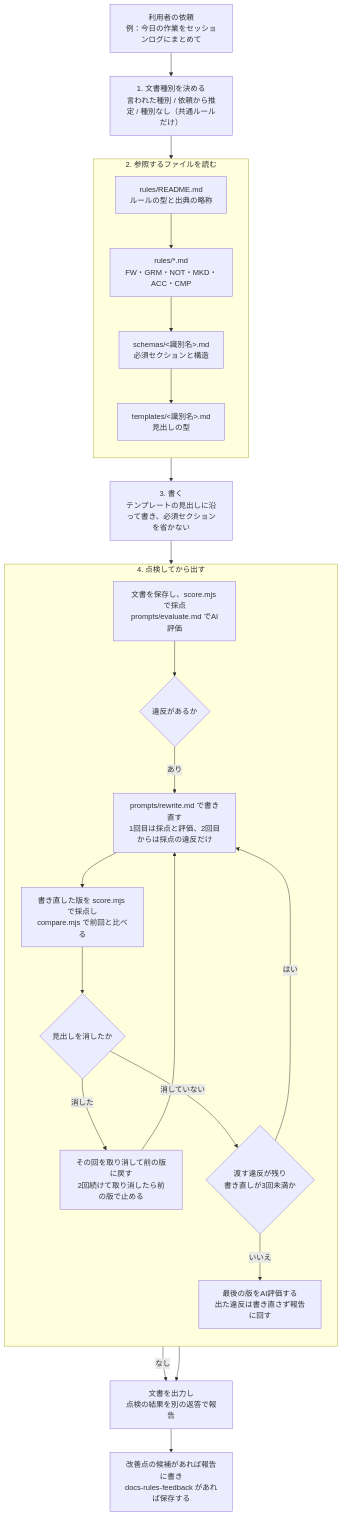
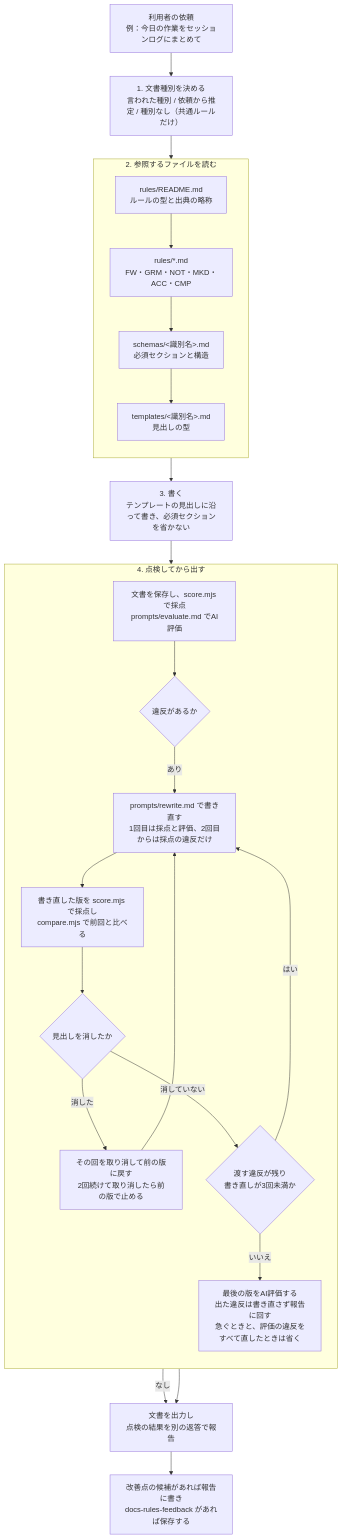
The second of 3 diagrams in docs/architecture.md (knk1313/docs-rules), drawn with Mermaid before and after one commit. The commit also changed 7 other files, not shown here.

````diff
--- a/docs/architecture.md
+++ b/docs/architecture.md
@@ -22,38 +22,38 @@
 ```mermaid
 flowchart TD
     S["利用者の依頼<br>例：今日の作業をセッションログにまとめて"]
     S --> T1["1. 文書種別を決める<br>言われた種別 / 依頼から推定 / 種別なし（共通ルールだけ）"]
     T1 --> T2
     subgraph T2["2. 参照するファイルを読む"]
         direction TB
         R0["rules/README.md<br>ルールの型と出典の略称"]
         R1["rules/*.md<br>FW・GRM・NOT・MKD・ACC・CMP"]
         R2["schemas/&lt;識別名&gt;.md<br>必須セクションと構造"]
         R3["templates/&lt;識別名&gt;.md<br>見出しの型"]
         R0 --> R1 --> R2 --> R3
     end
     T2 --> T3["3. 書く<br>テンプレートの見出しに沿って書き、必須セクションを省かない"]
     T3 --> T4
     subgraph T4["4. 点検してから出す"]
         direction TB
         P1["文書を保存し、score.mjs で採点<br>prompts/evaluate.md でAI評価"]
         P2{"違反があるか"}
         P3["prompts/rewrite.md で書き直す<br>1回目は採点と評価、2回目からは採点の違反だけ"]
         P4["書き直した版を score.mjs で採点し<br>compare.mjs で前回と比べる"]
         P5{"見出しを消したか"}
         P6["その回を取り消して前の版に戻す<br>2回続けて取り消したら前の版で止める"]
         P7{"渡す違反が残り<br>書き直しが3回未満か"}
-        P8["最後の版をAI評価する<br>出た違反は書き直さず報告に回す"]
+        P8["最後の版をAI評価する<br>出た違反は書き直さず報告に回す<br>急ぐときと、評価の違反をすべて直したときは省く"]
         P1 --> P2
         P2 -->|あり| P3
         P3 --> P4 --> P5
         P5 -->|消した| P6
         P6 --> P3
         P5 -->|消していない| P7
         P7 -->|はい| P3
         P7 -->|いいえ| P8
     end
     P2 -->|なし| OUT
     P8 --> OUT["文書を出力し<br>点検の結果を別の返答で報告"]
     OUT --> FB["改善点の候補があれば報告に書き<br>docs-rules-feedback があれば保存する"]
 ```
````
